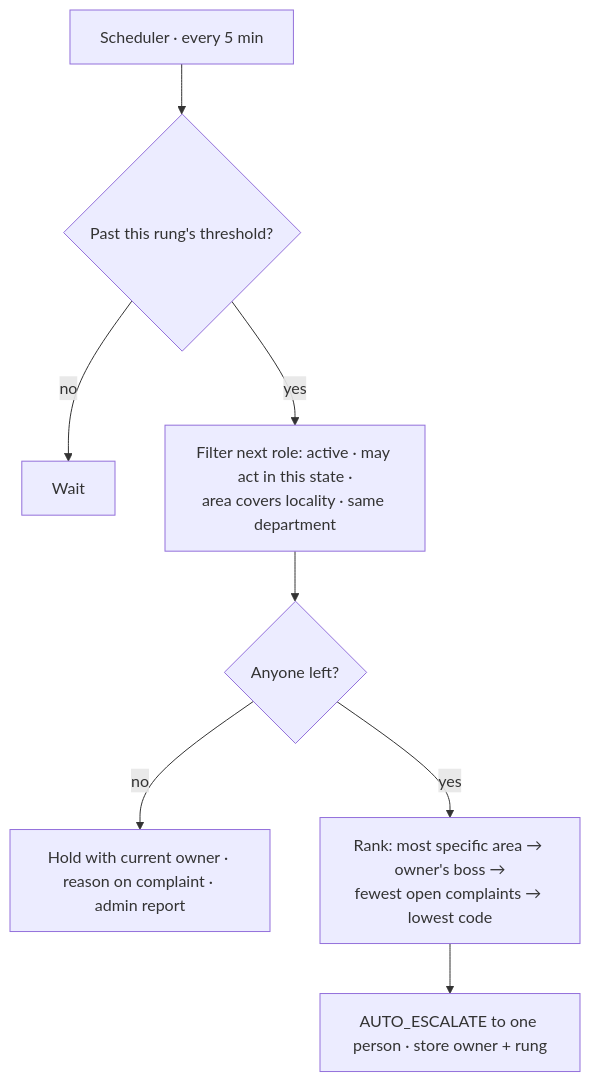
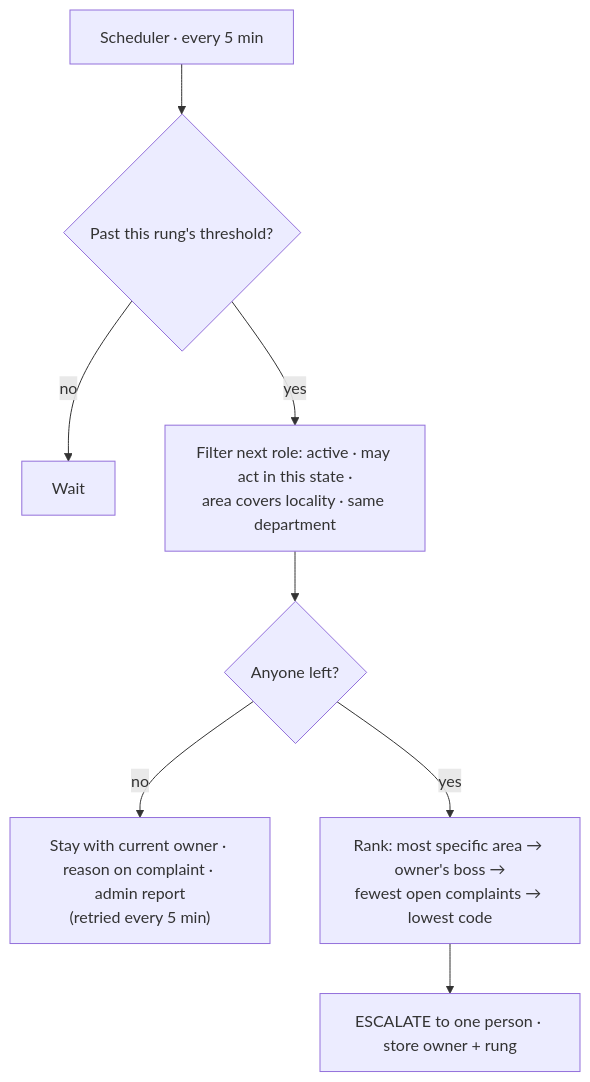
One commit to egovernments/Citizen-Complaint-Resolution-System changed the third of 5 diagrams in docs/design/complaint-escalation-and-access.md. Above: the diagram before and after it, drawn with Mermaid. The commit also changed other lines of this file, not shown here.

````diff
--- a/docs/design/complaint-escalation-and-access.md
+++ b/docs/design/complaint-escalation-and-access.md
@@ -63,10 +65,10 @@
 ```mermaid
 flowchart TD
   T["Scheduler · every 5 min"] --> D{"Past this rung's threshold?"}
   D -- no --> W["Wait"]
   D -- yes --> F["Filter next role: active · may act in this state ·<br/>area covers locality · same department"]
   F --> N{"Anyone left?"}
-  N -- no --> HOLD["Hold with current owner · reason on complaint · admin report"]
+  N -- no --> HOLD["Stay with current owner · reason on complaint · admin report<br/>(retried every 5 min)"]
   N -- yes --> R["Rank: most specific area → owner's boss →<br/>fewest open complaints → lowest code"]
-  R --> E["AUTO_ESCALATE to one person · store owner + rung"]
+  R --> E["ESCALATE to one person · store owner + rung"]
 ```
````
